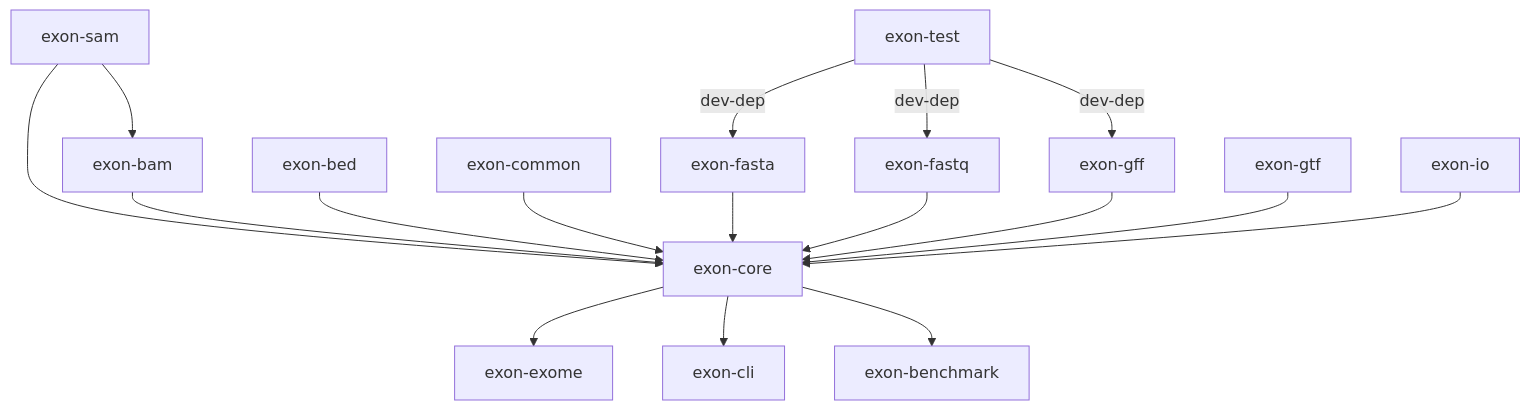
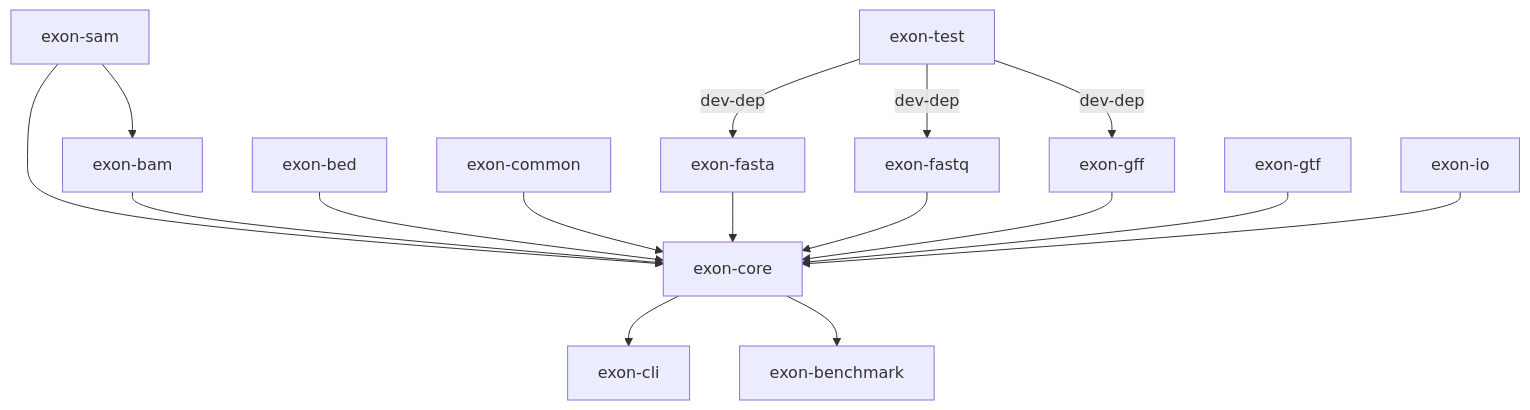
One commit to wheretrue/exon changed the diagram in docs/release-guide.md. Above: the diagram before and after it, drawn with Mermaid. The commit also changed other lines of this file and 4 other files, not shown here.

````diff
--- a/docs/release-guide.md
+++ b/docs/release-guide.md
@@ -5,19 +5,18 @@
 ```mermaid
 flowchart TD
     exon-sam --> exon-bam
     exon-sam --> exon-core
     exon-bam --> exon-core
     exon-bed --> exon-core
     exon-common --> exon-core
     exon-fasta --> exon-core
     exon-fastq --> exon-core
     exon-gff --> exon-core
     exon-gtf --> exon-core
     exon-io --> exon-core
-    exon-core --> exon-exome
     exon-test --dev-dep--> exon-fasta
     exon-test --dev-dep--> exon-fastq
     exon-test --dev-dep--> exon-gff
     exon-core --> exon-cli
     exon-core --> exon-benchmark
 ```
````
